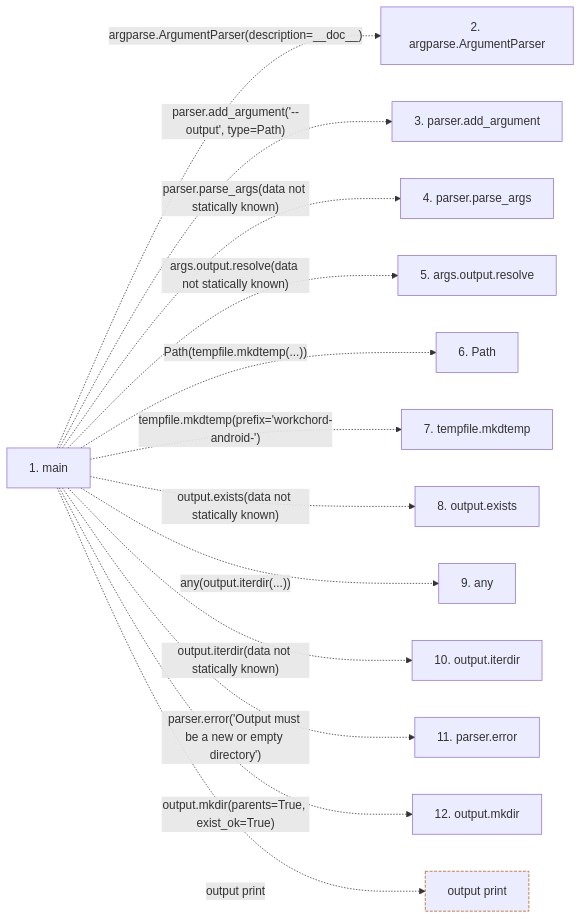
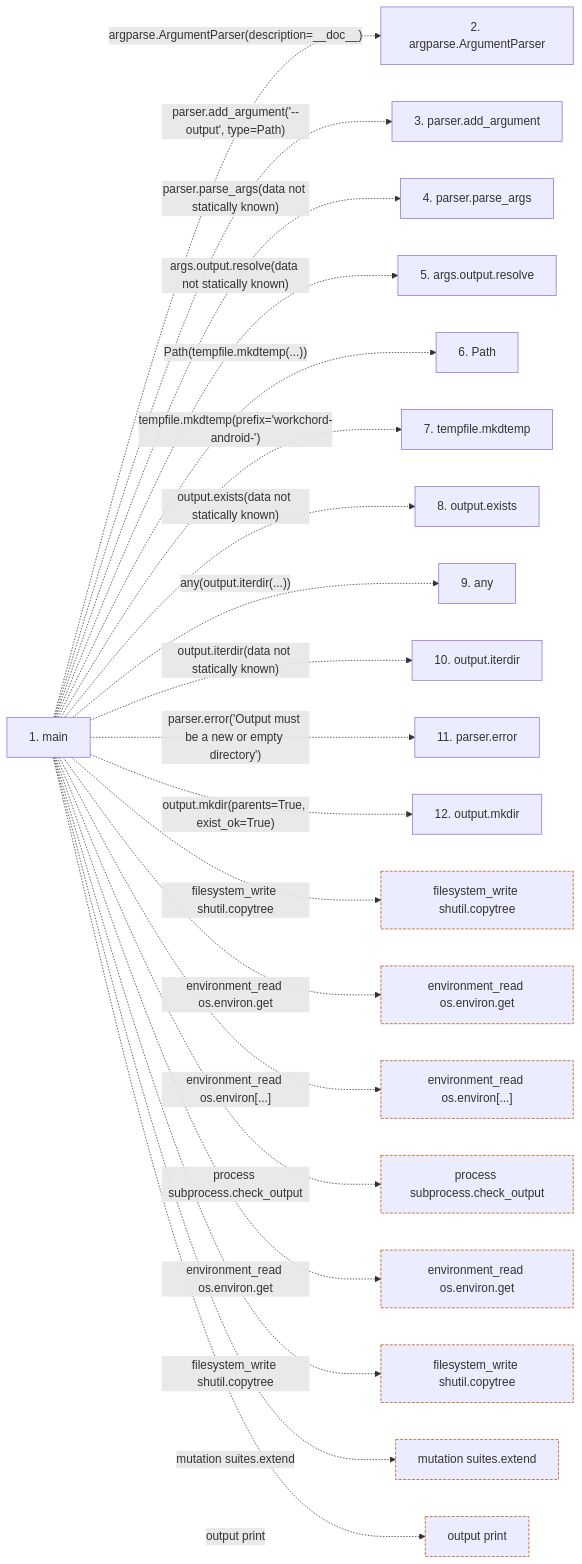
The second of 2 diagrams in docs/llm_wiki/flows/process-run_android_checks.md (Denissvgn/WorkChord), drawn with Mermaid before and after one commit. The commit also changed other lines of this file and 344 other files, not shown here.

````diff
--- a/docs/llm_wiki/flows/process-run_android_checks.md
+++ b/docs/llm_wiki/flows/process-run_android_checks.md
@@ -75,31 +74,52 @@
 ```mermaid
 flowchart LR
     s1["1. main"]
     s2["2. argparse.ArgumentParser"]
     s3["3. parser.add_argument"]
     s4["4. parser.parse_args"]
     s5["5. args.output.resolve"]
     s6["6. Path"]
     s7["7. tempfile.mkdtemp"]
     s8["8. output.exists"]
     s9["9. any"]
     s10["10. output.iterdir"]
     s11["11. parser.error"]
     s12["12. output.mkdir"]
     s1 -. "argparse.ArgumentParser(description=__doc__)" .-> s2
     s1 -. "parser.add_argument('--output', type=Path)" .-> s3
     s1 -. "parser.parse_args(data not statically known)" .-> s4
     s1 -. "args.output.resolve(data not statically known)" .-> s5
     s1 -. "Path(tempfile.mkdtemp(...))" .-> s6
     s1 -. "tempfile.mkdtemp(prefix='workchord-android-')" .-> s7
     s1 -. "output.exists(data not statically known)" .-> s8
     s1 -. "any(output.iterdir(...))" .-> s9
     s1 -. "output.iterdir(data not statically known)" .-> s10
     s1 -. "parser.error('Output must be a new or empty directory')" .-> s11
     s1 -. "output.mkdir(parents=True, exist_ok=True)" .-> s12
-    b0["output print"]
-    s1 -. "output print" .-> b0
+    b0["filesystem_write shutil.copytree"]
+    s1 -. "filesystem_write shutil.copytree" .-> b0
+    b1["environment_read os.environ.get"]
+    s1 -. "environment_read os.environ.get" .-> b1
+    b2["environment_read os.environ[...]"]
+    s1 -. "environment_read os.environ[...]" .-> b2
+    b3["process subprocess.check_output"]
+    s1 -. "process subprocess.check_output" .-> b3
+    b4["environment_read os.environ.get"]
+    s1 -. "environment_read os.environ.get" .-> b4
+    b5["filesystem_write shutil.copytree"]
+    s1 -. "filesystem_write shutil.copytree" .-> b5
+    b6["mutation suites.extend"]
+    s1 -. "mutation suites.extend" .-> b6
+    b7["output print"]
+    s1 -. "output print" .-> b7
     click s1 "../modules/run_android_checks.md"
     classDef boundary stroke:#b45309,stroke-dasharray: 4 2
     class b0 boundary
+    class b1 boundary
+    class b2 boundary
+    class b3 boundary
+    class b4 boundary
+    class b5 boundary
+    class b6 boundary
+    class b7 boundary
 ```
````
